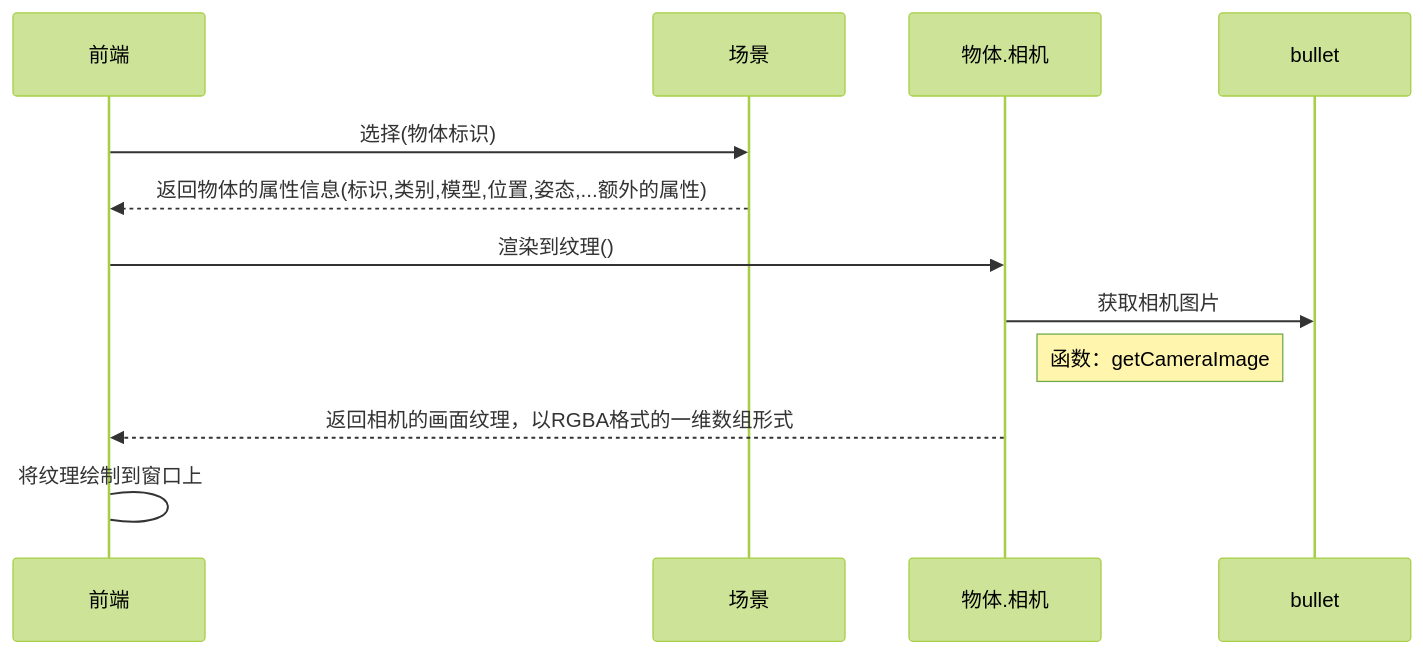
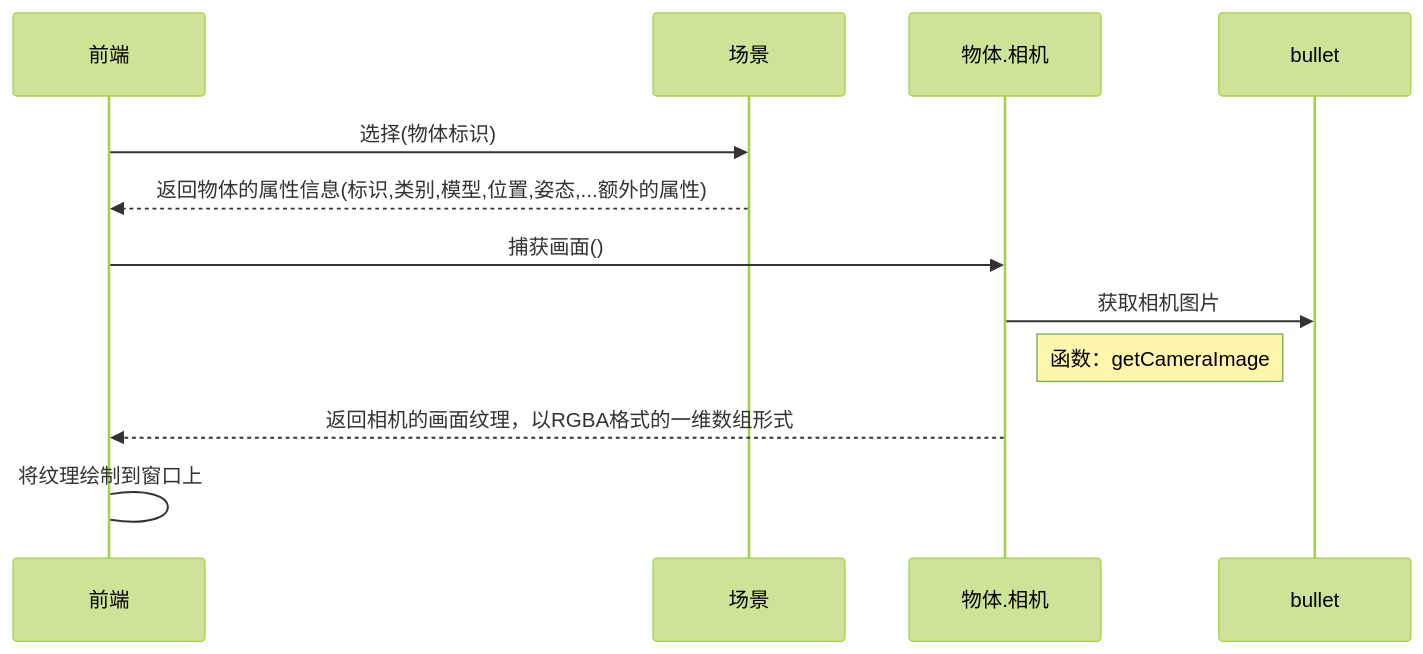
Before and after one commit to sltruman/practical-tools: the seventh of 12 diagrams in README.md, drawn with Mermaid (forest theme). The commit also changed other lines of this file and 6 other files, not shown here.

````diff
--- a/README.md
+++ b/README.md
@@ -224,13 +227,13 @@
 ```mermaid
 sequenceDiagram
     participant ui as 前端
     participant scene as 场景
     participant obj as 物体.相机
     ui->>scene: 选择(物体标识)
     scene-->>ui: 返回物体的属性信息(标识,类别,模型,位置,姿态,...额外的属性)
-    ui->>obj: 渲染到纹理()
+    ui->>obj: 捕获画面()
     obj->>bullet: 获取相机图片
     note left of bullet: 函数：getCameraImage
     obj-->>ui: 返回相机的画面纹理，以RGBA格式的一维数组形式
     ui->ui: 将纹理绘制到窗口上
 ```
````
